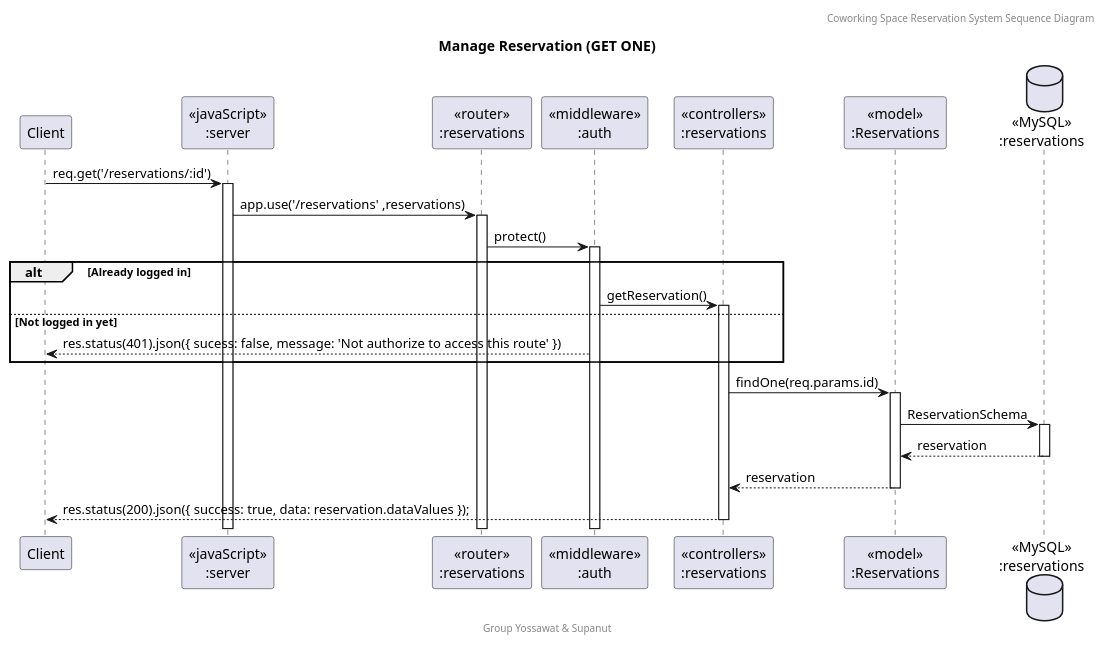
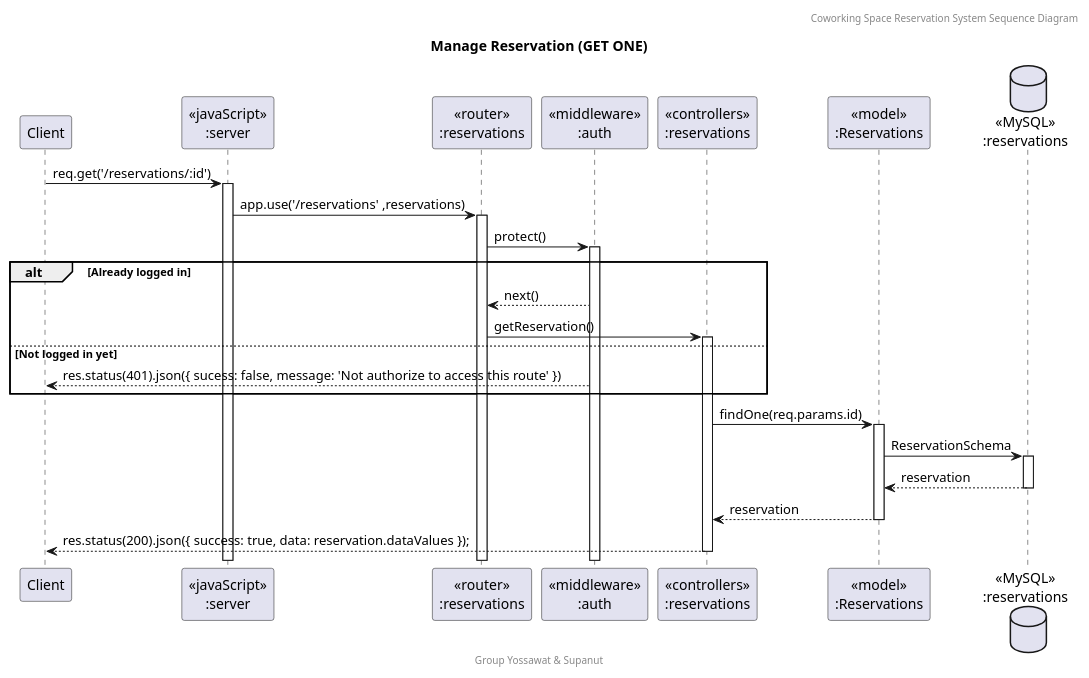
Before and after one commit to SupanutT/sw-dev-prac-project: the diagram in doc/Sequence Diagram/puml/Re_Get_One.puml, drawn with PlantUML. The commit also changed 7 other files, not shown here.

Commit message:
fix: sequence diagram

```diff
--- a/doc/Sequence Diagram/puml/Re_Get_One.puml
+++ b/doc/Sequence Diagram/puml/Re_Get_One.puml
@@ -1,29 +1,30 @@
 @startuml Manage Reservation (GET ONE)
 
 header Coworking Space Reservation System Sequence Diagram
 footer Group Yossawat & Supanut
 title "Manage Reservation (GET ONE)"
 
 participant "Client" as client
 participant "<<javaScript>>\n:server" as server
 participant "<<router>>\n:reservations" as routerReservations
 participant "<<middleware>>\n:auth" as middleware
 participant "<<controllers>>\n:reservations" as controllersReservations
 participant "<<model>>\n:Reservations" as modelReservation
 database "<<MySQL>>\n:reservations" as ReservationsDatabase
 
 client -> server ++:req.get('/reservations/:id')
 server -> routerReservations ++:app.use('/reservations' ,reservations)
 routerReservations -> middleware ++:protect()
 alt Already logged in
-    middleware -> controllersReservations ++: getReservation()
+    middleware --> routerReservations : next()
+    routerReservations -> controllersReservations ++: getReservation()
 else Not logged in yet
     middleware --> client : res.status(401).json({ sucess: false, message: 'Not authorize to access this route' })
 end
 controllersReservations -> modelReservation ++: findOne(req.params.id)
 modelReservation -> ReservationsDatabase ++: ReservationSchema
 ReservationsDatabase --> modelReservation --: reservation
 controllersReservations <-- modelReservation --: reservation
 controllersReservations --> client --:res.status(200).json({ success: true, data: reservation.dataValues });
 
 @enduml
```
